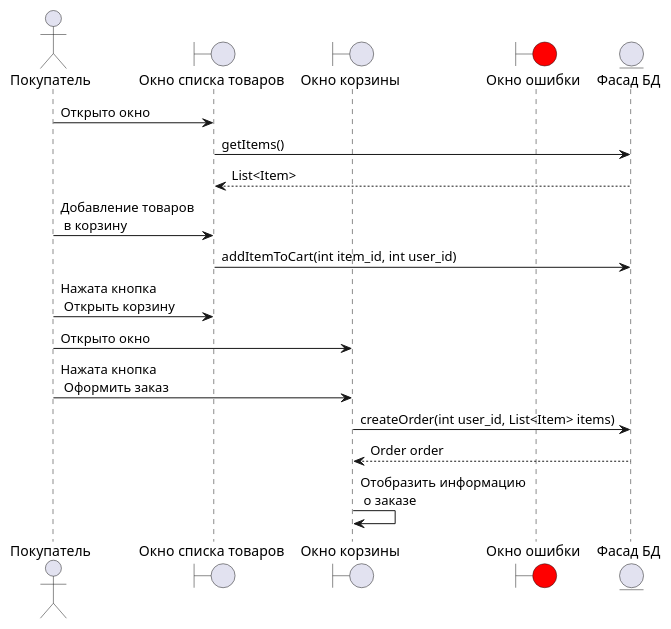
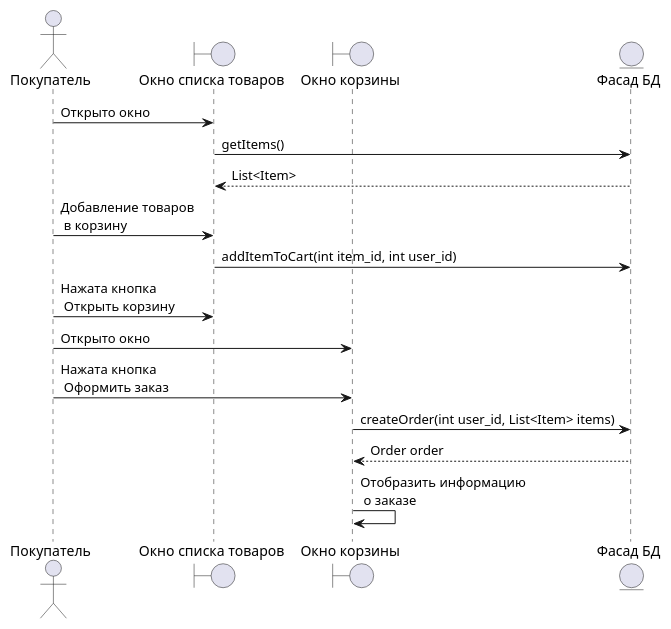
One commit to Efimish/university-4sem-pis-coursework changed the diagram in docs/sequence/make-an-order.puml. Above: the diagram before and after it, drawn with PlantUML. The commit also changed 53 other files, not shown here.

```diff
--- a/docs/sequence/make-an-order.puml
+++ b/docs/sequence/make-an-order.puml
@@ -1,28 +1,27 @@
 @startuml Диаграмма последовательности оформления заказа
 
 actor Buyer as "Покупатель"
 
 boundary item_list as "Окно списка товаров"
 boundary cart as "Окно корзины"
-boundary error as "Окно ошибки" #red
 
 entity facade as "Фасад БД"
 
 Buyer -> item_list : Открыто окно
 
 item_list -> facade : getItems()
 facade --> item_list : List<Item>
 
 Buyer -> item_list : Добавление товаров \n в корзину
 
 item_list -> facade : addItemToCart(int item_id, int user_id)
 
 Buyer -> item_list : Нажата кнопка \n Открыть корзину
 Buyer -> cart : Открыто окно
 
 Buyer -> cart : Нажата кнопка \n Оформить заказ
 cart -> facade : createOrder(int user_id, List<Item> items)
 facade --> cart : Order order
 cart -> cart : Отобразить информацию \n о заказе
 
 @enduml
```
